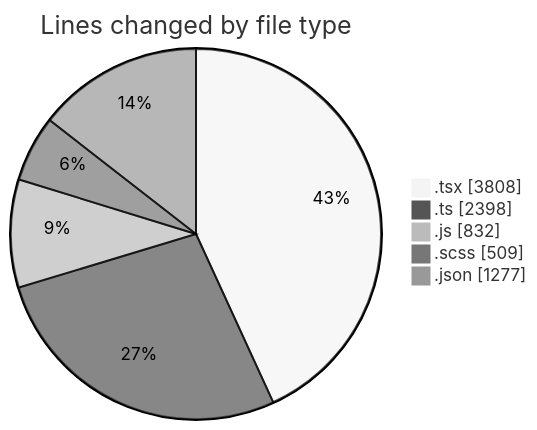
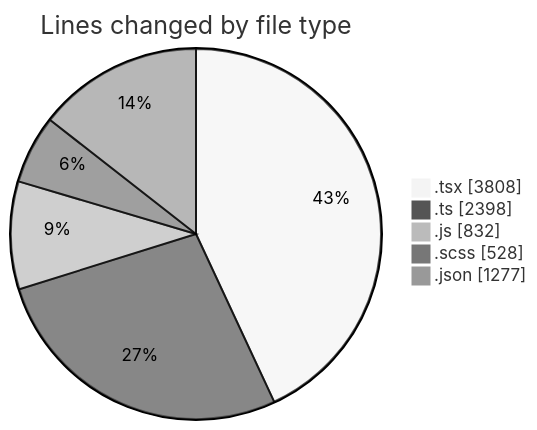
The first of 2 diagrams in 2026-06-15/cda/README.md (momahboobian/code-tracking), drawn with Mermaid (neutral theme) before and after one commit. The commit also changed other lines of this file and 1 other file, not shown here.

````diff
--- a/2026-06-15/cda/README.md
+++ b/2026-06-15/cda/README.md
@@ -69,9 +69,9 @@
 ```mermaid
 pie showData
 title Lines changed by file type
 ".tsx" : 3808
 ".ts" : 2398
 ".js" : 832
-".scss" : 509
+".scss" : 528
 ".json" : 1277
 ```
````
